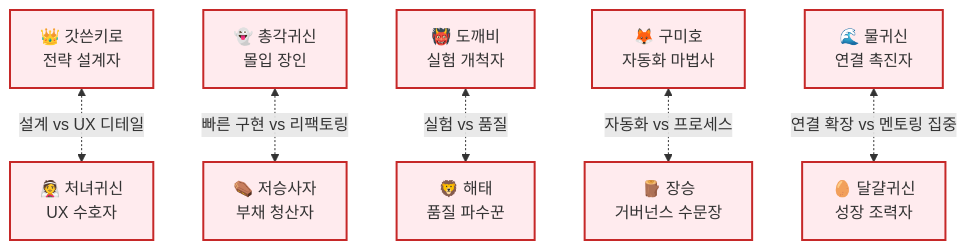
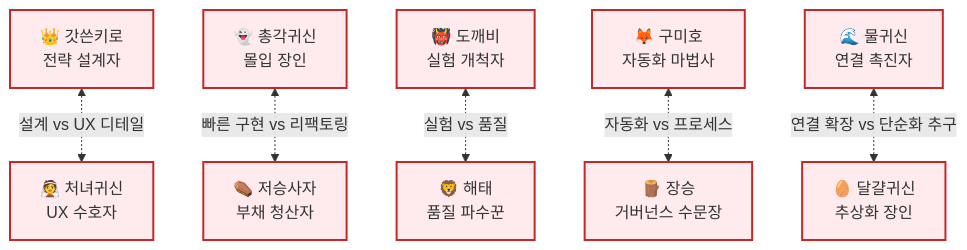
One commit to yansonz/kiro-friends changed the second of 3 diagrams in docs/character-network.md. Above: the diagram before and after it, drawn with Mermaid. The commit also changed other lines of this file and 3 other files, not shown here.

````diff
--- a/docs/character-network.md
+++ b/docs/character-network.md
@@ -33,25 +33,25 @@
 ```mermaid
 graph TB
     %% 캐릭터 노드
     gatssn["👑 갓쓴키로<br/>전략 설계자"]
     chonggak["👻 총각귀신<br/>몰입 장인"]
     cheonyeo["👰 처녀귀신<br/>UX 수호자"]
     dokkaebi["👹 도깨비<br/>실험 개척자"]
     gumiho["🦊 구미호<br/>자동화 마법사"]
     haetae["🦁 해태<br/>품질 파수꾼"]
     jangseung["🪵 장승<br/>거버넌스 수문장"]
     jeoseung["⚰️ 저승사자<br/>부채 청산자"]
     mulgwisin["🌊 물귀신<br/>연결 촉진자"]
-    dalgyal["🥚 달걀귀신<br/>성장 조력자"]
+    dalgyal["🥚 달걀귀신<br/>추상화 장인"]
     
     %% 상호 긴장 (양방향)
     gatssn <-.->|"설계 vs UX 디테일"| cheonyeo
     chonggak <-.->|"빠른 구현 vs 리팩토링"| jeoseung
     dokkaebi <-.->|"실험 vs 품질"| haetae
     gumiho <-.->|"자동화 vs 프로세스"| jangseung
-    mulgwisin <-.->|"연결 확장 vs 멘토링 집중"| dalgyal
+    mulgwisin <-.->|"연결 확장 vs 단순화 추구"| dalgyal
     
     %% 스타일
     classDef tensionNode fill:#ffebee,stroke:#c62828,stroke-width:2px
     class gatssn,chonggak,cheonyeo,dokkaebi,gumiho,haetae,jangseung,jeoseung,mulgwisin,dalgyal tensionNode
 ```
````
